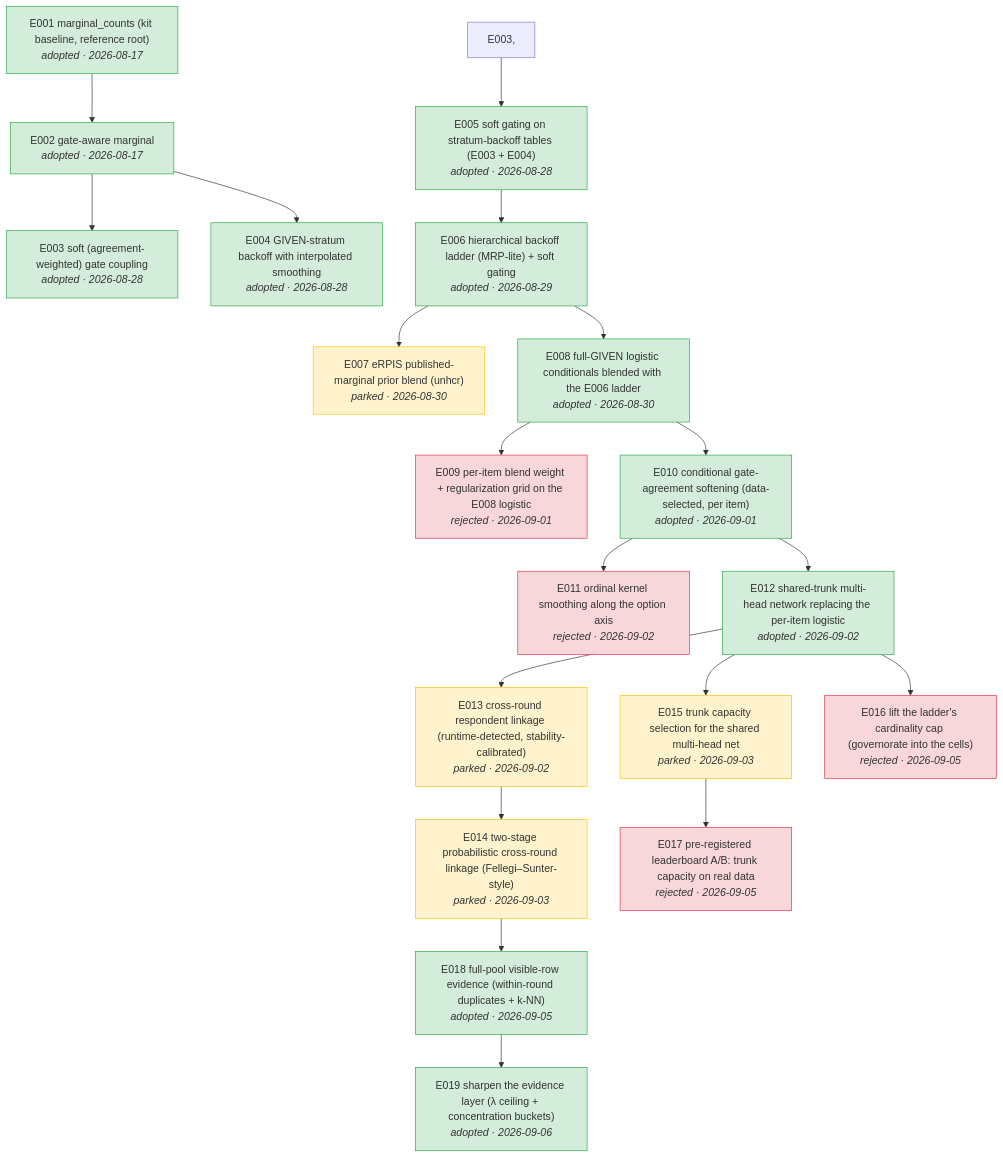
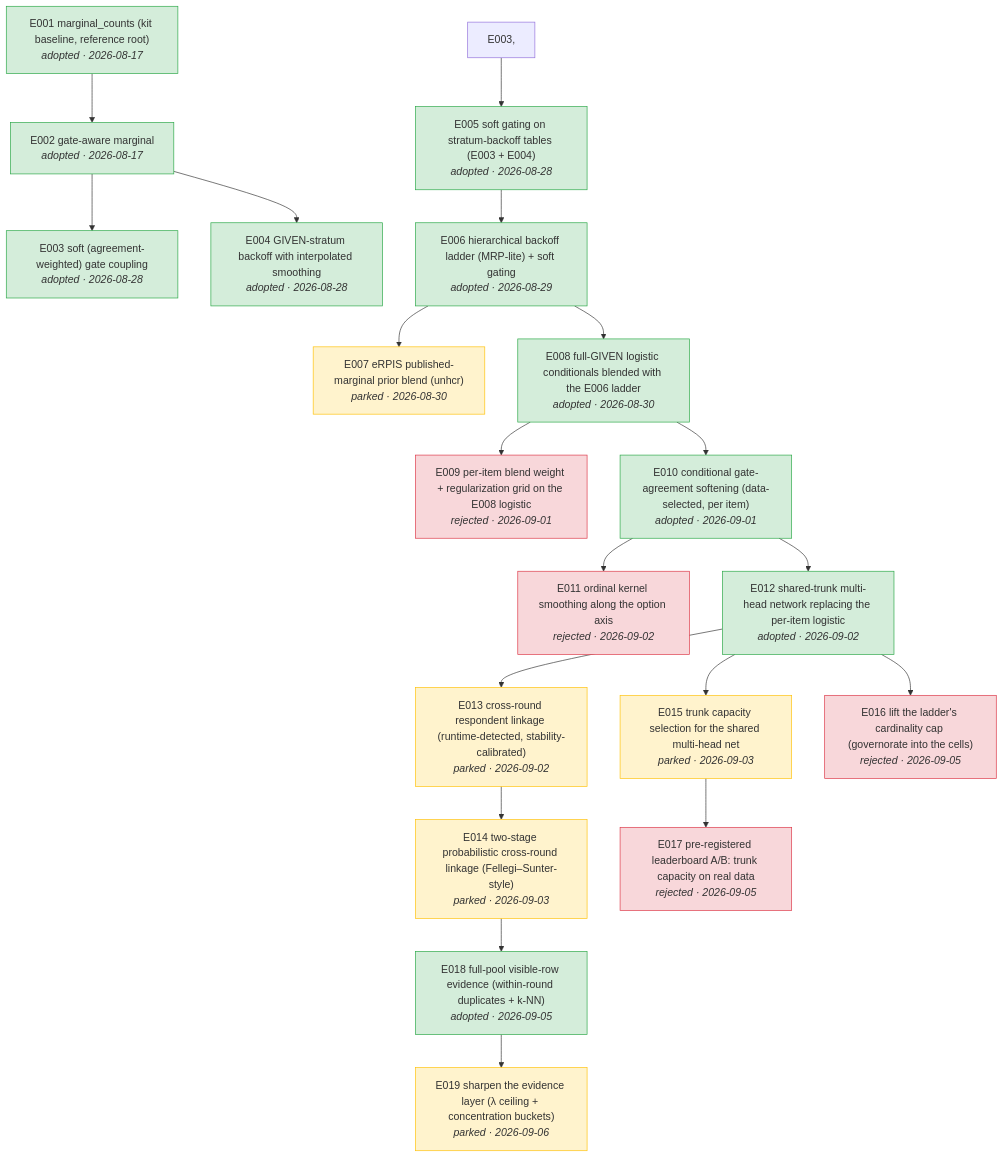
One commit to joon56/Simulacrabench-NeurIPS-2026- changed the diagram in docs/tree.md. Above: the diagram before and after it, drawn with Mermaid. The commit also changed 3 other files, not shown here.

Commit message:
E019: hosted timeout (worker variance), then flat at 0.63 — parked; timing ceiling corrected

````diff
--- a/docs/tree.md
+++ b/docs/tree.md
@@ -5,46 +5,46 @@
 ```mermaid
 flowchart TD
     E001["E001 marginal_counts (kit baseline, reference root)<br/><i>adopted · 2026-08-17</i>"]
     E002["E002 gate-aware marginal<br/><i>adopted · 2026-08-17</i>"]
     E001 --> E002
     E003["E003 soft (agreement-weighted) gate coupling<br/><i>adopted · 2026-08-28</i>"]
     E002 --> E003
     E004["E004 GIVEN-stratum backoff with interpolated smoothing<br/><i>adopted · 2026-08-28</i>"]
     E002 --> E004
     E005["E005 soft gating on stratum-backoff tables (E003 + E004)<br/><i>adopted · 2026-08-28</i>"]
     E003, --> E005
     E006["E006 hierarchical backoff ladder (MRP-lite) + soft gating<br/><i>adopted · 2026-08-29</i>"]
     E005 --> E006
     E007["E007 eRPIS published-marginal prior blend (unhcr)<br/><i>parked · 2026-08-30</i>"]
     E006 --> E007
     E008["E008 full-GIVEN logistic conditionals blended with the E006 ladder<br/><i>adopted · 2026-08-30</i>"]
     E006 --> E008
     E009["E009 per-item blend weight + regularization grid on the E008 logistic<br/><i>rejected · 2026-09-01</i>"]
     E008 --> E009
     E010["E010 conditional gate-agreement softening (data-selected, per item)<br/><i>adopted · 2026-09-01</i>"]
     E008 --> E010
     E011["E011 ordinal kernel smoothing along the option axis<br/><i>rejected · 2026-09-02</i>"]
     E010 --> E011
     E012["E012 shared-trunk multi-head network replacing the per-item logistic<br/><i>adopted · 2026-09-02</i>"]
     E010 --> E012
     E013["E013 cross-round respondent linkage (runtime-detected, stability-calibrated)<br/><i>parked · 2026-09-02</i>"]
     E012 --> E013
     E014["E014 two-stage probabilistic cross-round linkage (Fellegi–Sunter-style)<br/><i>parked · 2026-09-03</i>"]
     E013 --> E014
     E015["E015 trunk capacity selection for the shared multi-head net<br/><i>parked · 2026-09-03</i>"]
     E012 --> E015
     E016["E016 lift the ladder's cardinality cap (governorate into the cells)<br/><i>rejected · 2026-09-05</i>"]
     E012 --> E016
     E017["E017 pre-registered leaderboard A/B: trunk capacity on real data<br/><i>rejected · 2026-09-05</i>"]
     E015 --> E017
     E018["E018 full-pool visible-row evidence (within-round duplicates + k-NN)<br/><i>adopted · 2026-09-05</i>"]
     E014 --> E018
-    E019["E019 sharpen the evidence layer (λ ceiling + concentration buckets)<br/><i>adopted · 2026-09-06</i>"]
+    E019["E019 sharpen the evidence layer (λ ceiling + concentration buckets)<br/><i>parked · 2026-09-06</i>"]
     E018 --> E019
     classDef adopted fill:#d4edda,stroke:#28a745
-    class E001,E002,E003,E004,E005,E006,E008,E010,E012,E018,E019 adopted
+    class E001,E002,E003,E004,E005,E006,E008,E010,E012,E018 adopted
     classDef rejected fill:#f8d7da,stroke:#dc3545
     class E009,E011,E016,E017 rejected
     classDef parked fill:#fff3cd,stroke:#ffc107
-    class E007,E013,E014,E015 parked
+    class E007,E013,E014,E015,E019 parked
 ```
````
